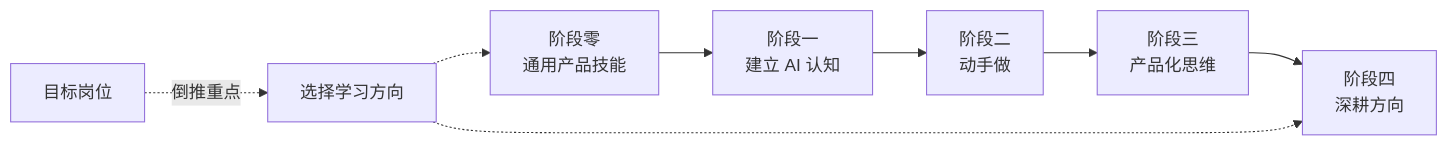
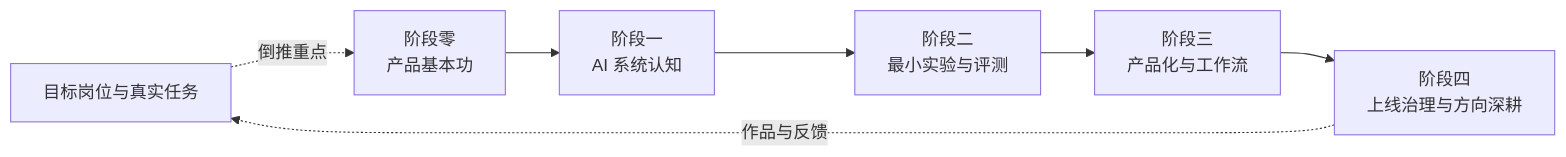
Before and after one commit to AI-PM-Wiki/AIPM: the first of 2 diagrams in docs/intro/self-study-roadmap.md, drawn with Mermaid. The commit also changed other lines of this file and 26 other files, not shown here.

````diff
--- a/docs/intro/self-study-roadmap.md
+++ b/docs/intro/self-study-roadmap.md
@@ -21,10 +21,9 @@
 ```mermaid
 flowchart LR
-    zero[阶段零<br>通用产品技能] --> one[阶段一<br>建立 AI 认知]
-    one --> two[阶段二<br>动手做]
-    two --> three[阶段三<br>产品化思维]
-    three --> four[阶段四<br>深耕方向]
-    role[目标岗位] -.->|倒推重点| choose[选择学习方向]
-    choose -.-> zero
-    choose -.-> four
+    role[目标岗位与真实任务] -. 倒推重点 .-> zero[阶段零<br/>产品基本功]
+    zero --> one[阶段一<br/>AI 系统认知]
+    one --> two[阶段二<br/>最小实验与评测]
+    two --> three[阶段三<br/>产品化与工作流]
+    three --> four[阶段四<br/>上线治理与方向深耕]
+    four -. 作品与反馈 .-> role
 ```
````
